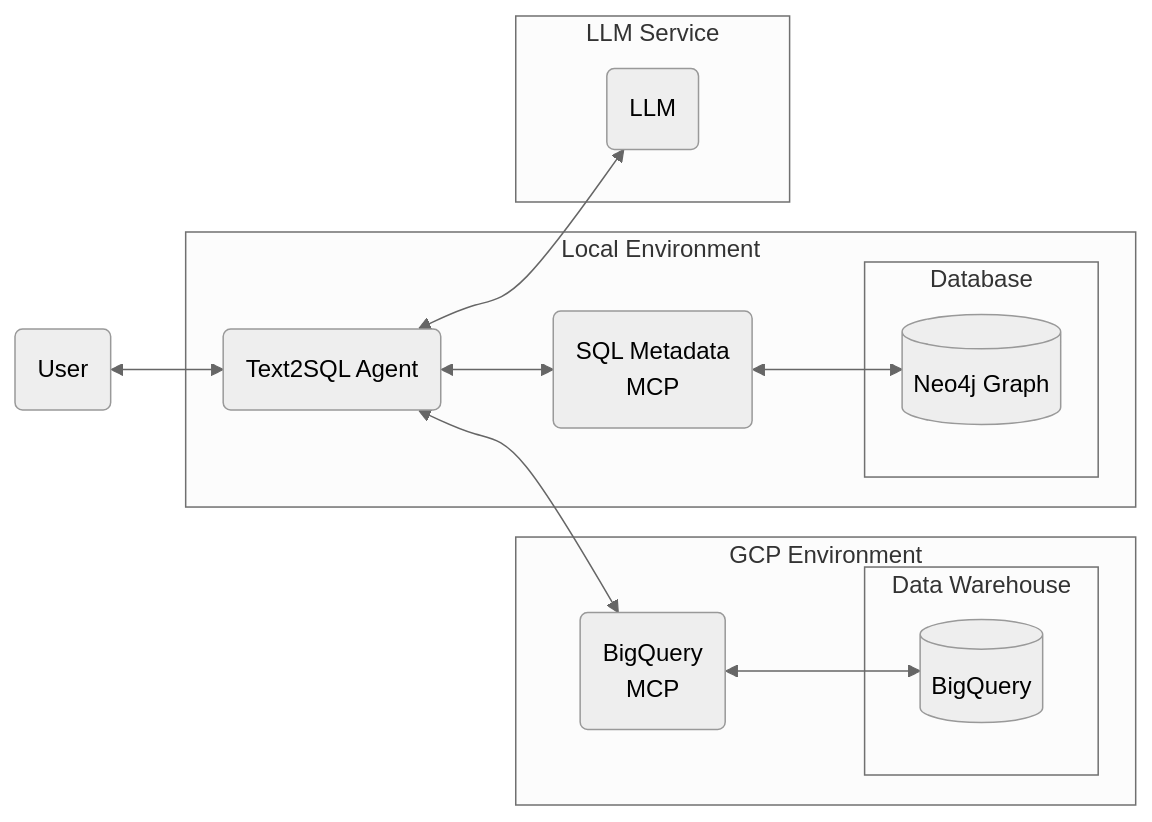
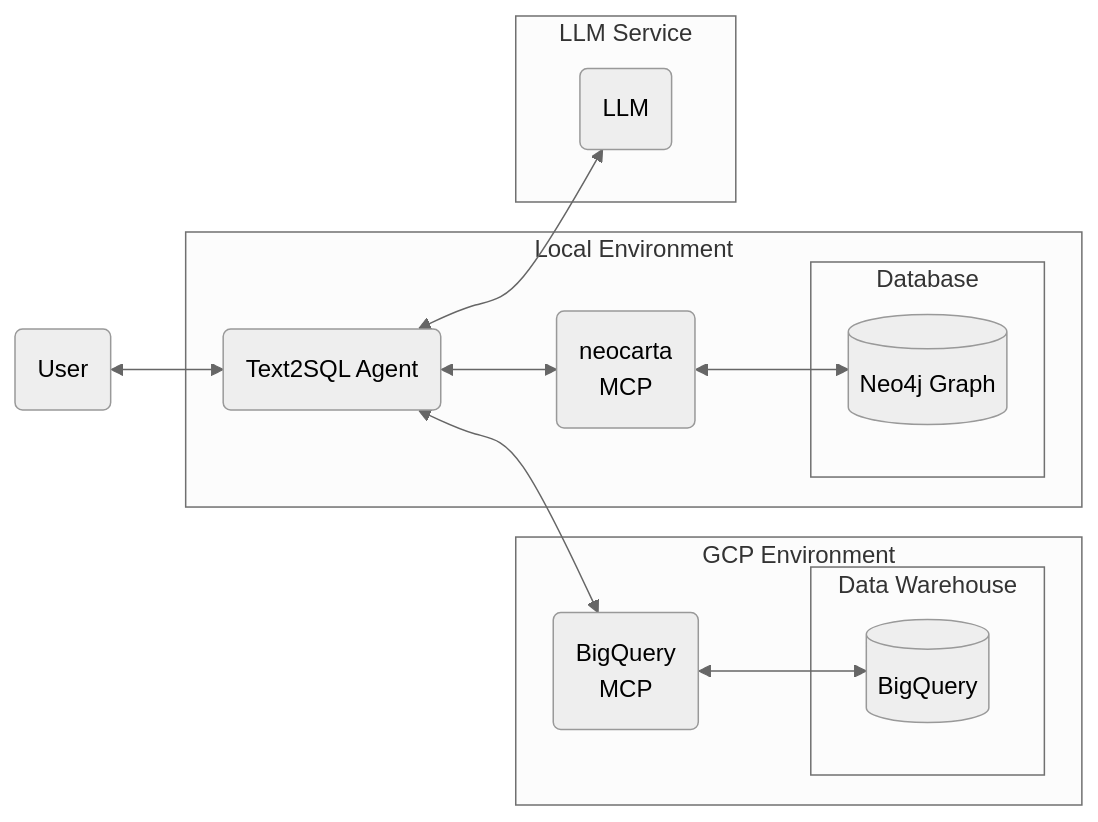
The eighth of 8 diagrams in README.md (neo4j-field/neocarta), drawn with Mermaid (neutral theme) before and after one commit. The commit also changed other lines of this file and 3 other files, not shown here.

````diff
--- a/README.md
+++ b/README.md
@@ -805,41 +772,41 @@
 ```mermaid
 ---
 config:
     layout: dagre
 ---
 
 graph LR
     
     subgraph GCP["GCP Environment"]
         BQMCP(BigQuery<br>MCP)
 
         subgraph DataWarehouse["Data Warehouse"]
             BQData[(BigQuery)]
         end
         
         BQMCP <--> BQData
     end
 
     subgraph Local["Local Environment"]
         Agent("Text2SQL Agent")
-        MetadataMCP("SQL Metadata<br/>MCP")
+        MetadataMCP("neocarta<br/>MCP")
         
         subgraph Graph["Database"]
             NEO[(Neo4j Graph)]
         end
         
         Agent <--> MetadataMCP
         MetadataMCP <--> NEO
     end
     
     User("User")
     
     subgraph LLM["LLM Service"]
         Model("LLM")
     end
     
     User <--> Agent
     Agent <--> Model
     Agent <--> BQMCP
 
 ```
````
